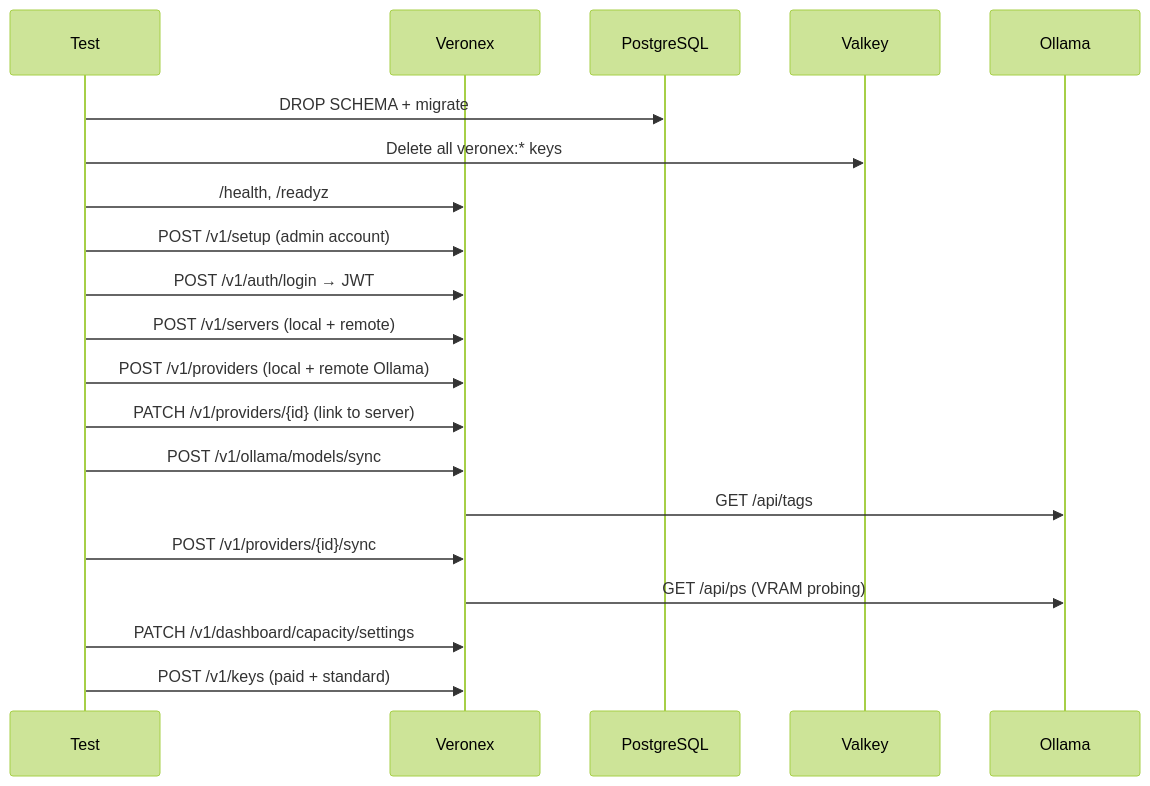
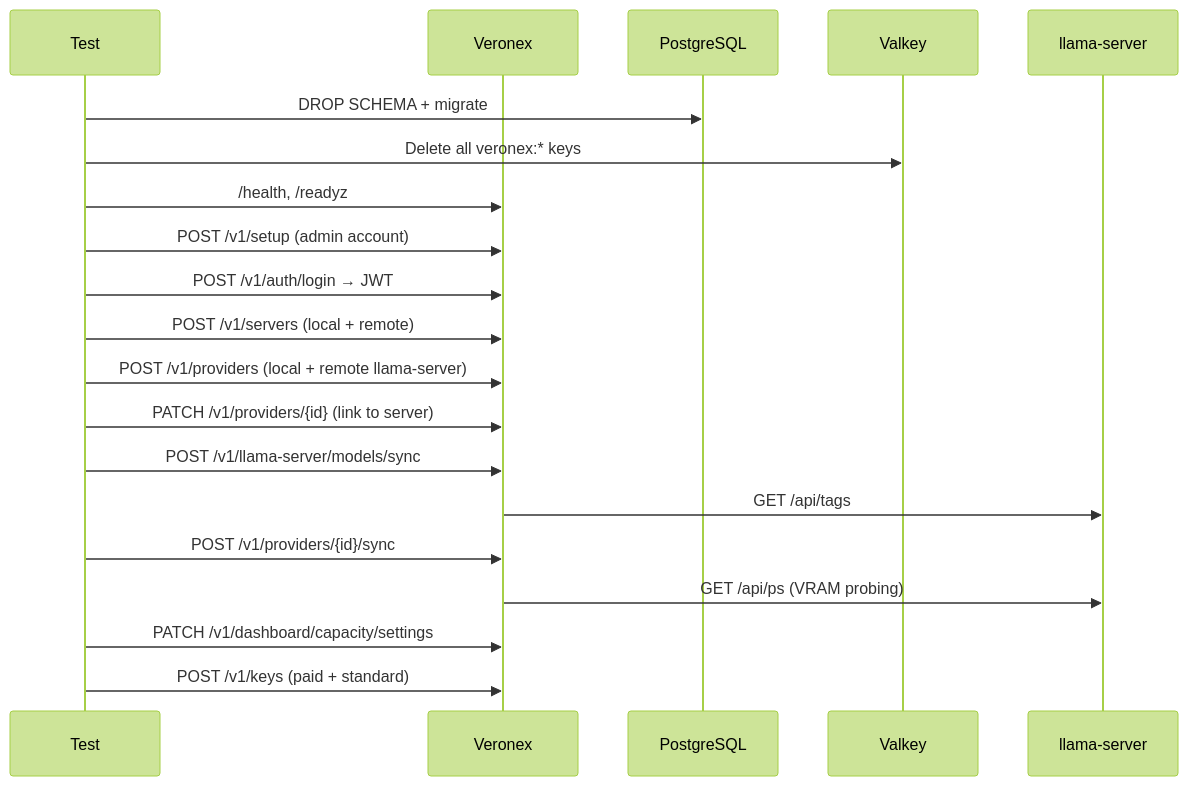
One commit to beegy-labs/veronex changed the second of 10 diagrams in test/scripts/e2e/README.md. Above: the diagram before and after it, drawn with Mermaid (forest theme). The commit also changed other lines of this file and 239 other files, not shown here.

````diff
--- a/test/scripts/e2e/README.md
+++ b/test/scripts/e2e/README.md
@@ -78,26 +78,26 @@
 ```mermaid
 sequenceDiagram
     participant T as Test
     participant API as Veronex
     participant DB as PostgreSQL
     participant V as Valkey
-    participant O as Ollama
+    participant O as llama-server
 
     T->>DB: DROP SCHEMA + migrate
     T->>V: Delete all veronex:* keys
     T->>API: /health, /readyz
 
     T->>API: POST /v1/setup (admin account)
     T->>API: POST /v1/auth/login → JWT
 
     T->>API: POST /v1/servers (local + remote)
-    T->>API: POST /v1/providers (local + remote Ollama)
+    T->>API: POST /v1/providers (local + remote llama-server)
     T->>API: PATCH /v1/providers/{id} (link to server)
-    T->>API: POST /v1/ollama/models/sync
+    T->>API: POST /v1/llama-server/models/sync
     API->>O: GET /api/tags
     T->>API: POST /v1/providers/{id}/sync
     API->>O: GET /api/ps (VRAM probing)
 
     T->>API: PATCH /v1/dashboard/capacity/settings
     T->>API: POST /v1/keys (paid + standard)
 ```
````
